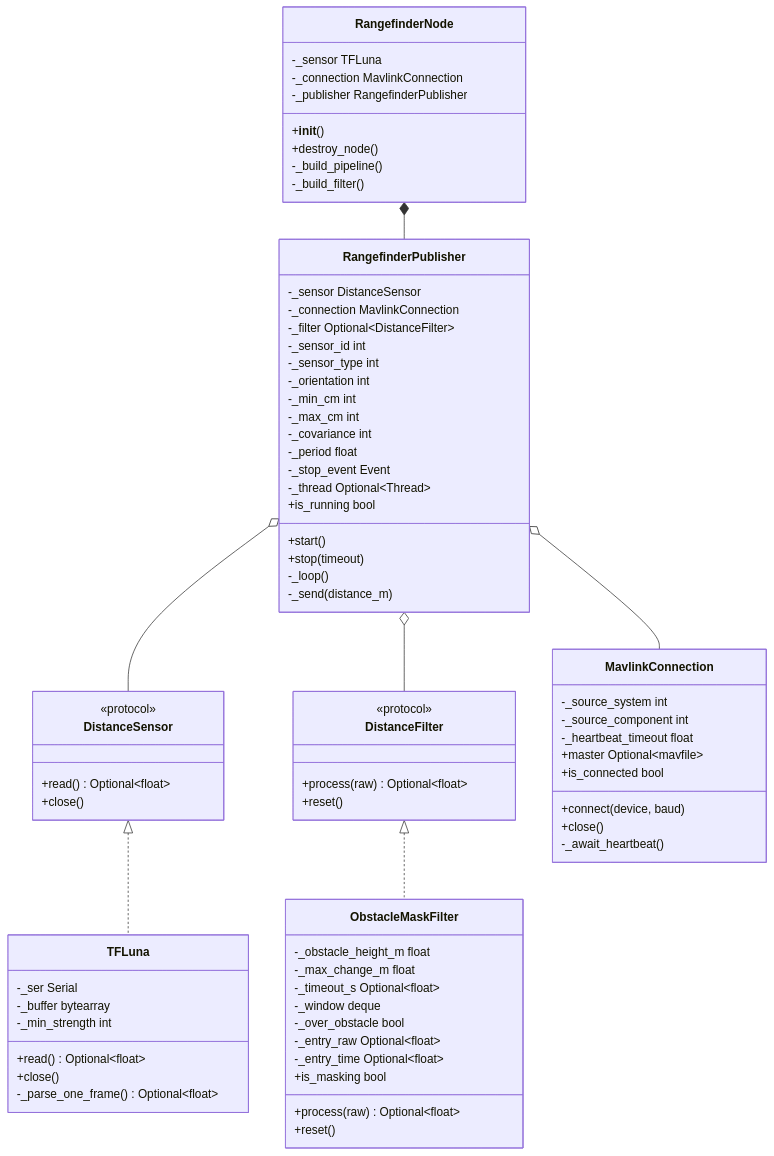
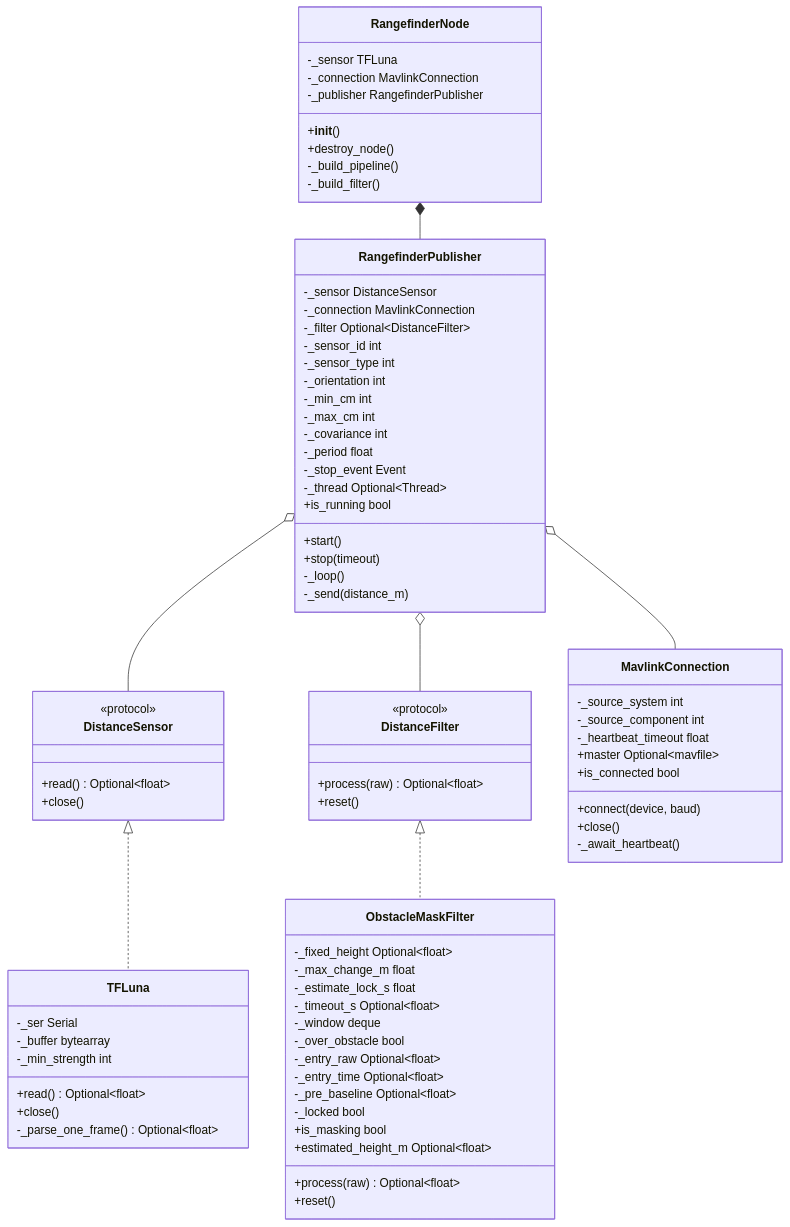
The first of 3 diagrams in nectar/nectar/sensors/README.md (Black-Bee-Drones/nectar-sdk), drawn with Mermaid before and after one commit. The commit also changed other lines of this file and 1 other file, not shown here.

Commit message:
docs(sensors): update README with rangefinder example and auto-estimation details for obstacle masking filter

```diff
--- a/nectar/nectar/sensors/README.md
+++ b/nectar/nectar/sensors/README.md
@@ -36,14 +36,18 @@
     }
 
     class ObstacleMaskFilter {
-        -_obstacle_height_m float
+        -_fixed_height Optional~float~
         -_max_change_m float
+        -_estimate_lock_s float
         -_timeout_s Optional~float~
         -_window deque
         -_over_obstacle bool
         -_entry_raw Optional~float~
         -_entry_time Optional~float~
+        -_pre_baseline Optional~float~
+        -_locked bool
         +is_masking bool
+        +estimated_height_m Optional~float~
         +process(raw) Optional~float~
         +reset()
     }
```
